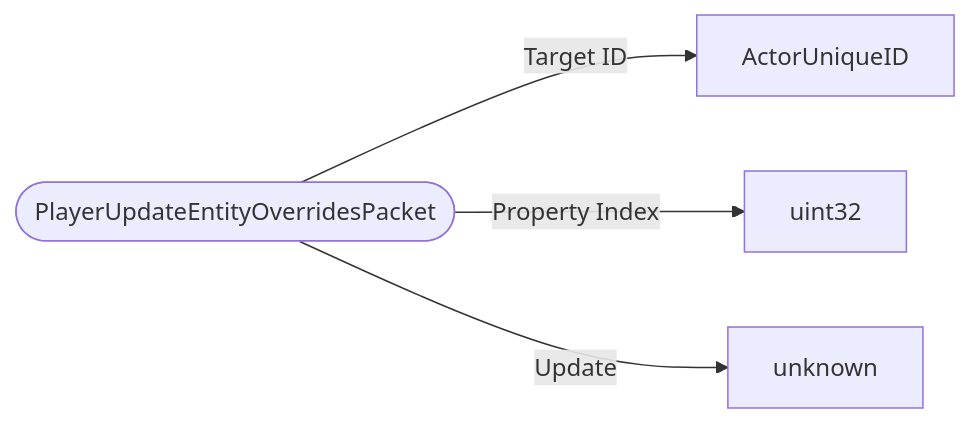
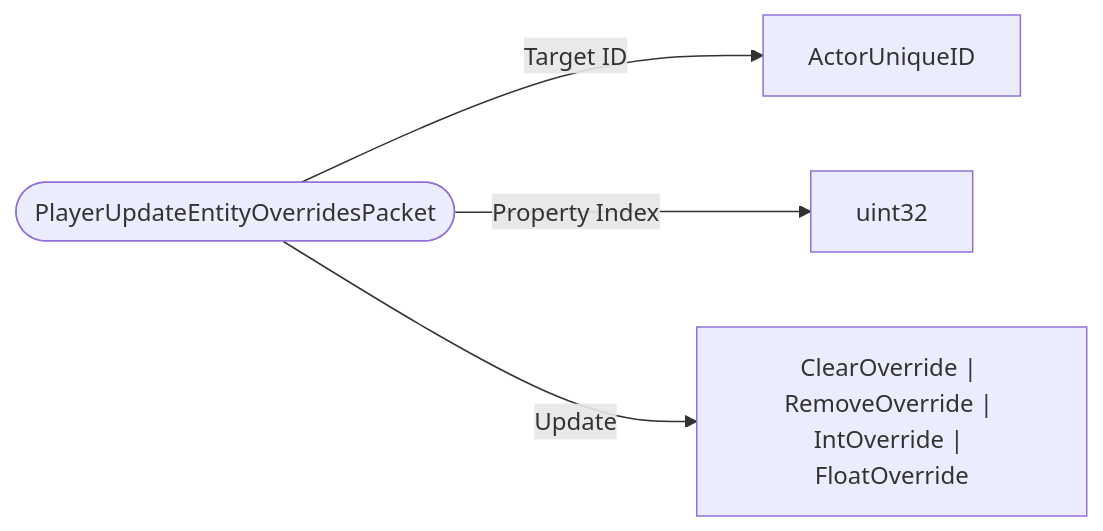
The diagram in schemas/packets/PlayerUpdateEntityOverridesPacket.md (bedrock-v/protocol-docs), drawn with Mermaid before and after one commit. The commit also changed 114 other files, not shown here.

````diff
--- a/schemas/packets/PlayerUpdateEntityOverridesPacket.md
+++ b/schemas/packets/PlayerUpdateEntityOverridesPacket.md
@@ -7,7 +7,7 @@
 ```mermaid
 flowchart LR
   ROOT(["PlayerUpdateEntityOverridesPacket"])
   ROOT -->|"Target ID"| ActorUniqueID["ActorUniqueID"]
   ROOT -->|"Property Index"| uint32["uint32"]
-  ROOT -->|"Update"| unknown["unknown"]
+  ROOT -->|"Update"| ClearOverride___RemoveOverride___IntOverride___FloatOverride["ClearOverride | RemoveOverride | IntOverride | FloatOverride"]
 ```
````
